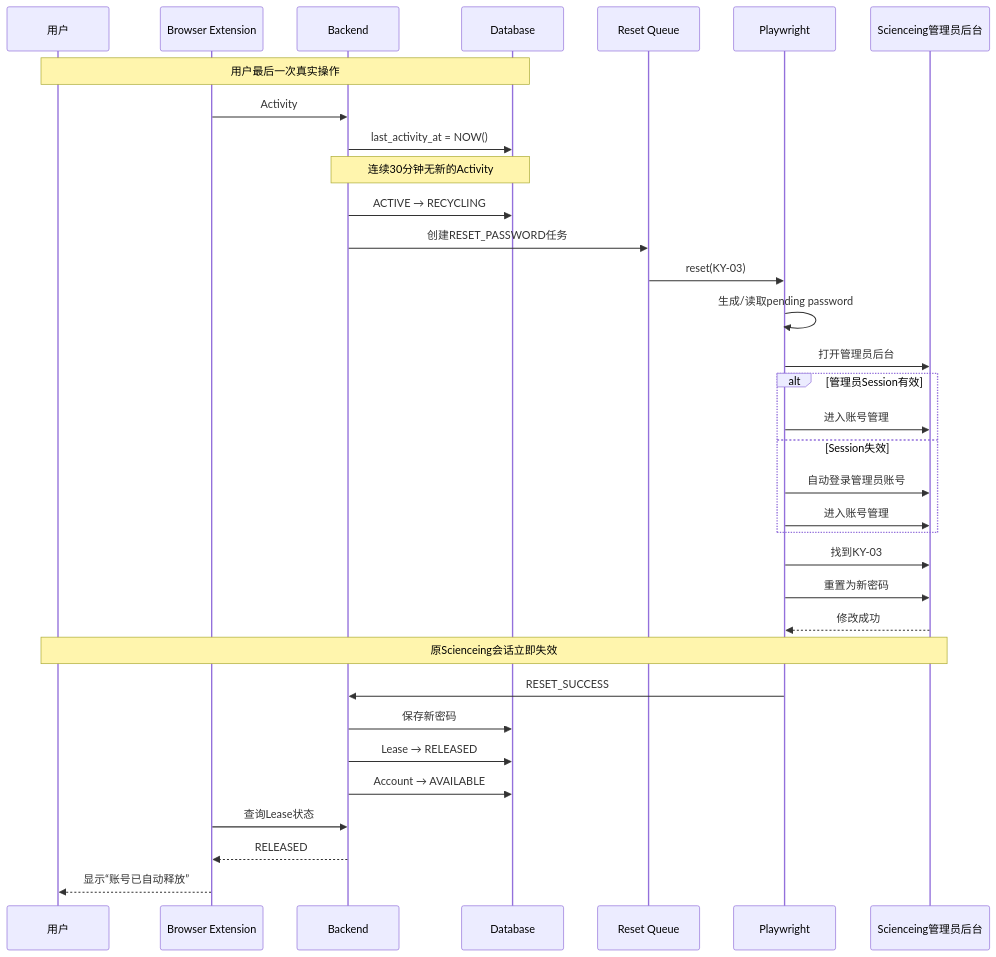
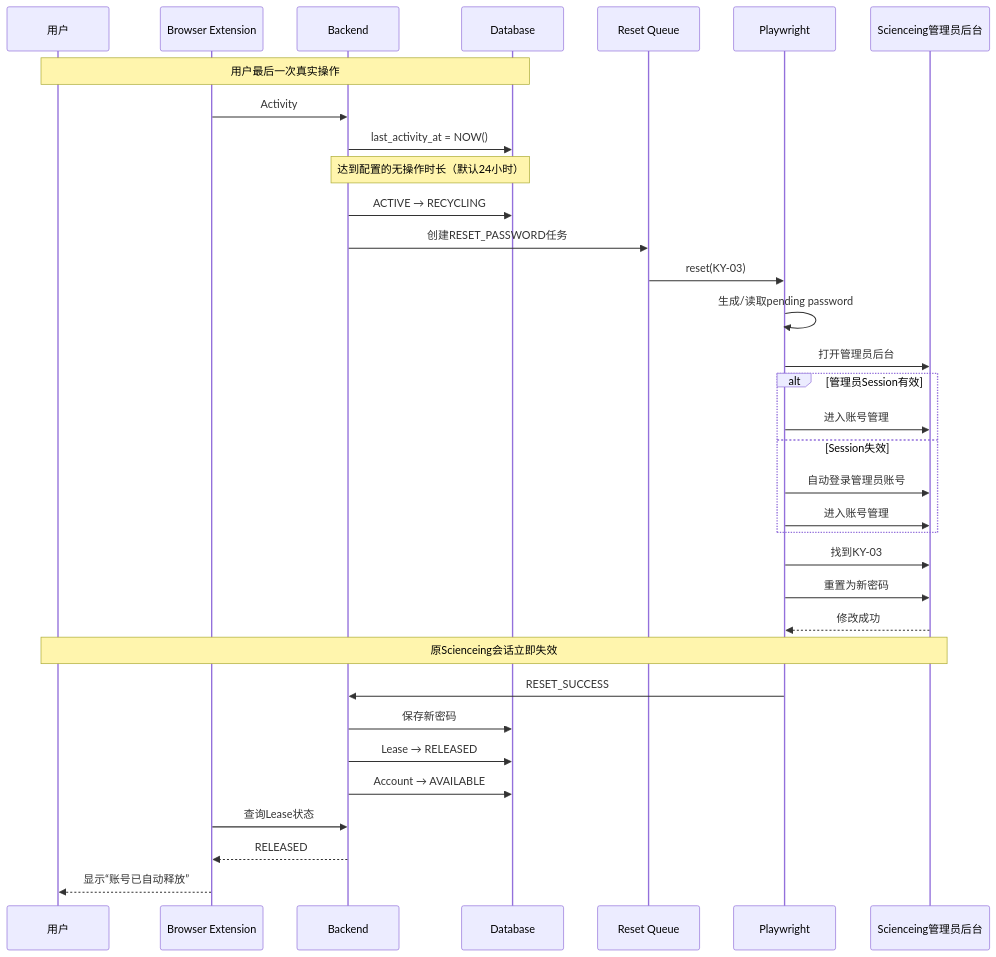
One commit to lzc452/scienceing-account-manager changed the seventh of 12 diagrams in PRD.md. Above: the diagram before and after it, drawn with Mermaid. The commit also changed other lines of this file and 48 other files, not shown here.

Commit message:
add: 使用手册图片插入，倒计时改为小时单位

````diff
--- a/PRD.md
+++ b/PRD.md
@@ -1078,49 +1078,49 @@
 ```mermaid
 sequenceDiagram
     participant U as 用户
     participant EXT as Browser Extension
     participant API as Backend
     participant DB as Database
     participant Q as Reset Queue
     participant PW as Playwright
     participant SA as Scienceing管理员后台
 
     Note over U,DB: 用户最后一次真实操作
 
     EXT->>API: Activity
     API->>DB: last_activity_at = NOW()
 
-    Note over API,DB: 连续30分钟无新的Activity
+    Note over API,DB: 达到配置的无操作时长（默认24小时）
 
     API->>DB: ACTIVE → RECYCLING
     API->>Q: 创建RESET_PASSWORD任务
 
     Q->>PW: reset(KY-03)
 
     PW->>PW: 生成/读取pending password
     PW->>SA: 打开管理员后台
 
     alt 管理员Session有效
         PW->>SA: 进入账号管理
     else Session失效
         PW->>SA: 自动登录管理员账号
         PW->>SA: 进入账号管理
     end
 
     PW->>SA: 找到KY-03
     PW->>SA: 重置为新密码
     SA-->>PW: 修改成功
 
     Note over SA,U: 原Scienceing会话立即失效
 
     PW->>API: RESET_SUCCESS
 
     API->>DB: 保存新密码
     API->>DB: Lease → RELEASED
     API->>DB: Account → AVAILABLE
 
     EXT->>API: 查询Lease状态
     API-->>EXT: RELEASED
 
     EXT-->>U: 显示“账号已自动释放”
 ```
````
